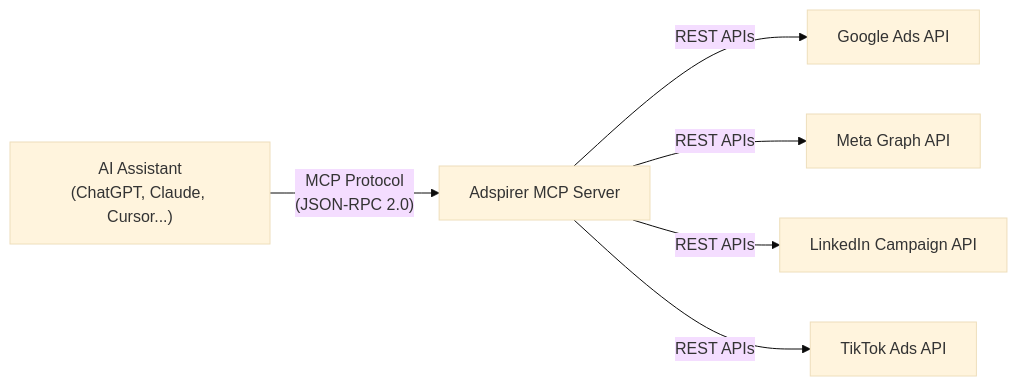
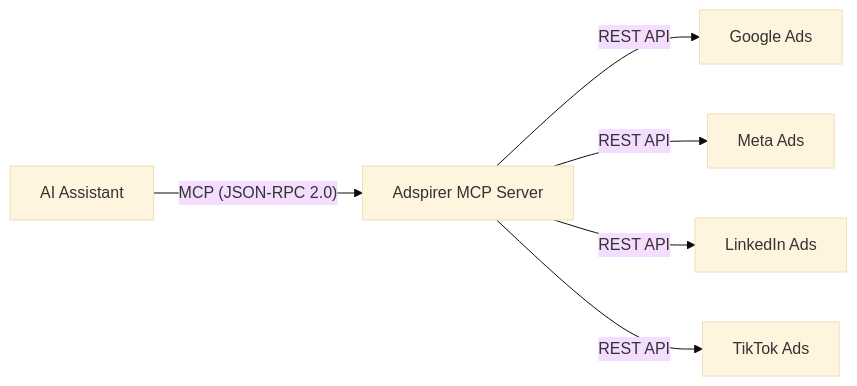
Before and after one commit to Adspirer/docs: the first of 2 diagrams in mcp.mdx, drawn with Mermaid (base theme). The commit also changed 1 other file, not shown here.

Commit message:
Fix Mermaid diagrams and restore plain-text tool sequences for LLM readability
- Remove \n from Mermaid node labels (caused "Unsupported markdown: list" on Mintlify)
- Restore plain-text numbered tool sequences alongside diagrams (humans get flowcharts, LLMs get readable text via llms.txt)
- Fix MCP explainer page Mermaid labels

````diff
--- a/mcp.mdx
+++ b/mcp.mdx
@@ -12,8 +12,8 @@
 ```mermaid
 flowchart LR
-    A["AI Assistant\n(ChatGPT, Claude, Cursor...)"] -->|"MCP Protocol\n(JSON-RPC 2.0)"| B["Adspirer MCP Server"]
-    B -->|"REST APIs"| C["Google Ads API"]
-    B -->|"REST APIs"| D["Meta Graph API"]
-    B -->|"REST APIs"| E["LinkedIn Campaign API"]
-    B -->|"REST APIs"| F["TikTok Ads API"]
+    A["AI Assistant"] -->|"MCP (JSON-RPC 2.0)"| B["Adspirer MCP Server"]
+    B -->|"REST API"| C["Google Ads"]
+    B -->|"REST API"| D["Meta Ads"]
+    B -->|"REST API"| E["LinkedIn Ads"]
+    B -->|"REST API"| F["TikTok Ads"]
 ```
````
